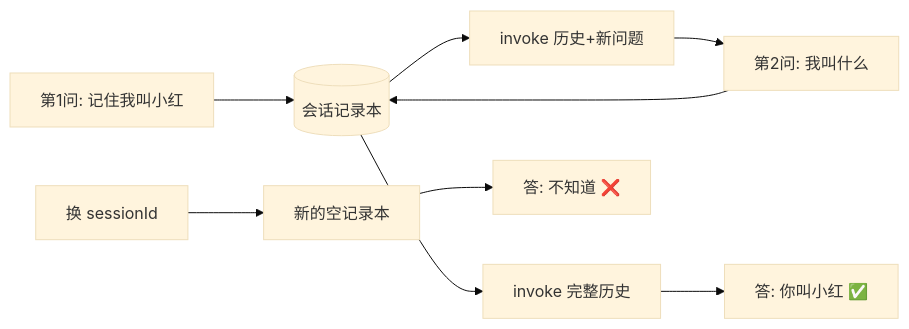
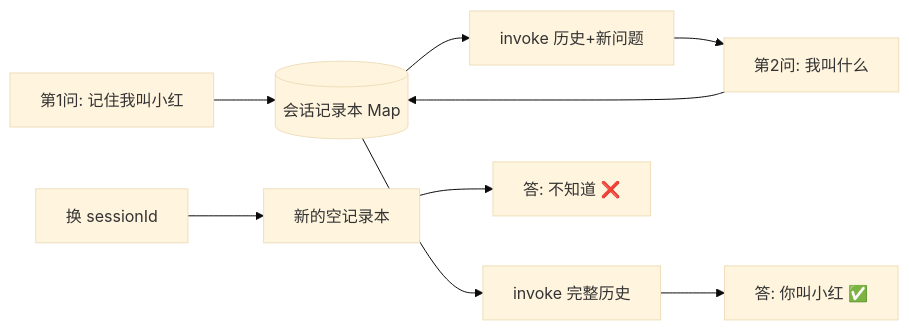
One commit to zhonglove/zhonglove.github.io changed the third of 4 diagrams in docs/articles/nestjs-langchain-memory.md. Above: the diagram before and after it, drawn with Mermaid (base theme). The commit also changed other lines of this file, not shown here.

````diff
--- a/docs/articles/nestjs-langchain-memory.md
+++ b/docs/articles/nestjs-langchain-memory.md
@@ -303,11 +331,11 @@
 ```mermaid
 flowchart LR
-    A[第1问: 记住我叫小红] --> H[(会话记录本)]
+    A[第1问: 记住我叫小红] --> H[(会话记录本 Map)]
     H --> B[invoke 历史+新问题]
     B --> C[第2问: 我叫什么]
     C --> H
     H --> D[invoke 完整历史]
     D --> E[答: 你叫小红 ✅]
     F[换 sessionId] --> G[新的空记录本]
     G --> E2[答: 不知道 ❌]
 ```
````
